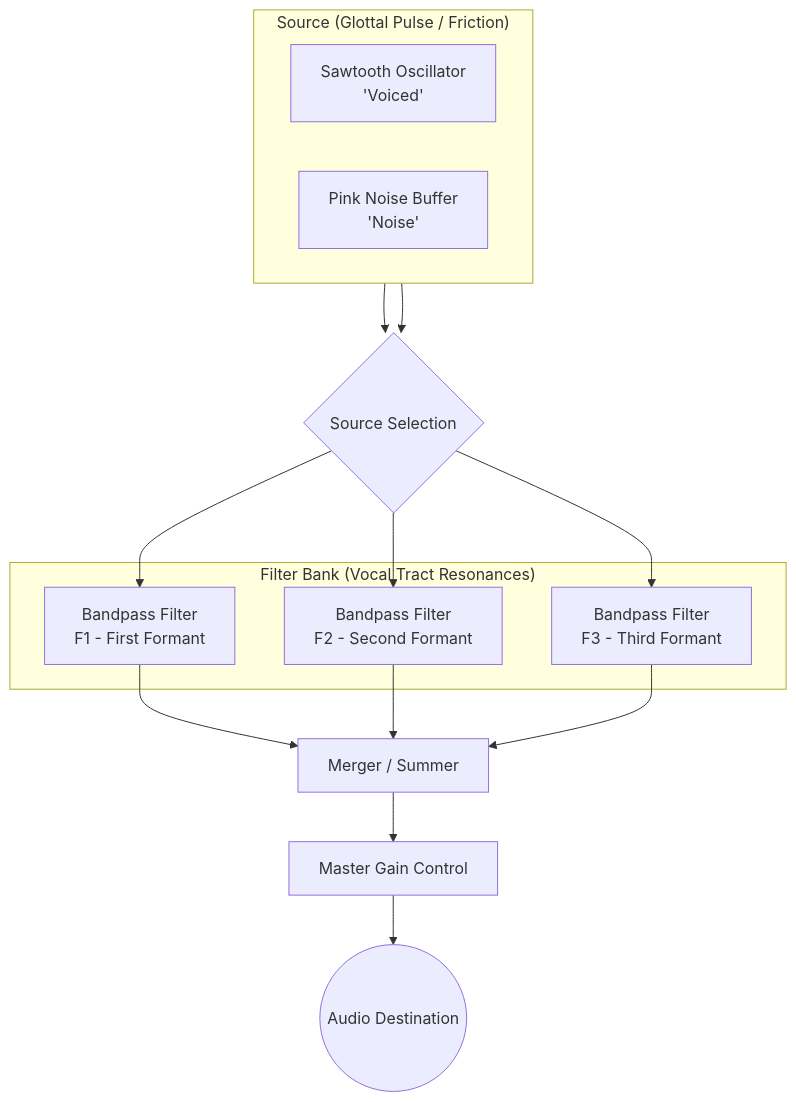
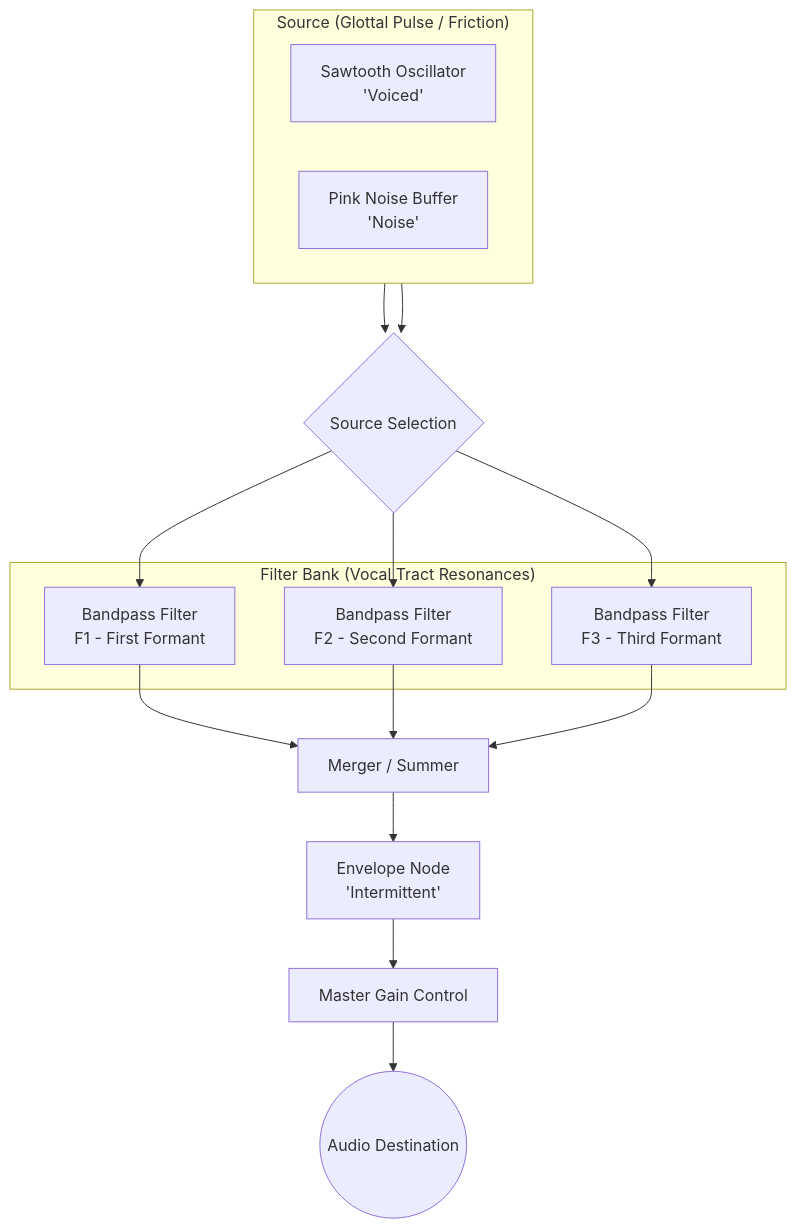
One commit to grahamsw/formants changed the diagram in README.md. Above: the diagram before and after it, drawn with Mermaid. The commit also changed other lines of this file and 1 other file, not shown here.

Commit message:
Feature: Intermittent mode, queued vowel changes, and UI/UX legibility improvements

````diff
--- a/README.md
+++ b/README.md
@@ -9,31 +9,33 @@
 ```mermaid
 graph TD
     subgraph "Source (Glottal Pulse / Friction)"
         direction LR
         OSC[Sawtooth Oscillator<br/>'Voiced']
         NOISE[Pink Noise Buffer<br/>'Noise']
     end
 
     SW{Source Selection}
 
     subgraph "Filter Bank (Vocal Tract Resonances)"
         F1[Bandpass Filter<br/>F1 - First Formant]
         F2[Bandpass Filter<br/>F2 - Second Formant]
         F3[Bandpass Filter<br/>F3 - Third Formant]
     end
 
     MIX[Merger / Summer]
+    ENV[Envelope Node<br/>'Intermittent']
     GAIN[Master Gain Control]
     OUT((Audio Destination))
 
     OSC --> SW
     NOISE --> SW
     SW --> F1
     SW --> F2
     SW --> F3
     F1 --> MIX
     F2 --> MIX
     F3 --> MIX
-    MIX --> GAIN
+    MIX --> ENV
+    ENV --> GAIN
     GAIN --> OUT
 ```
````
